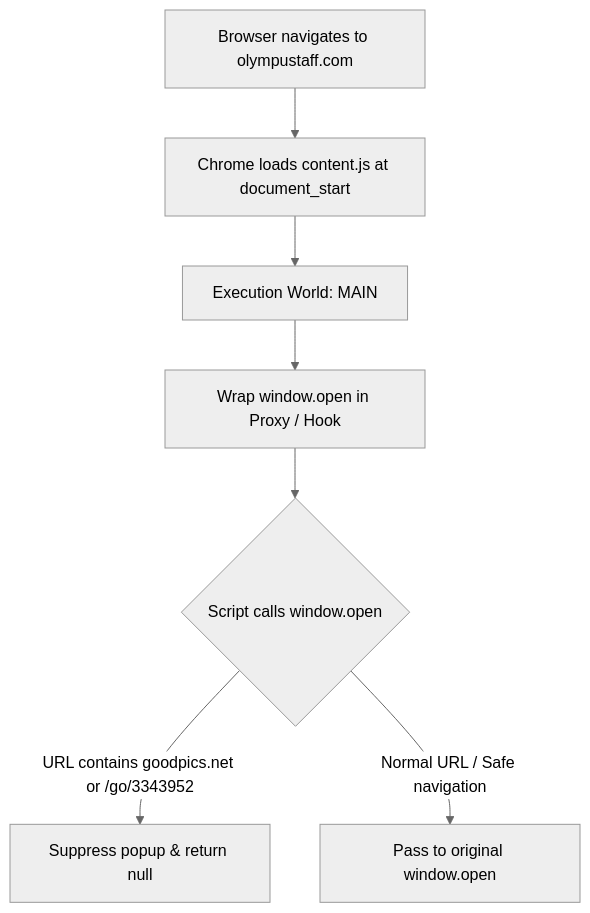
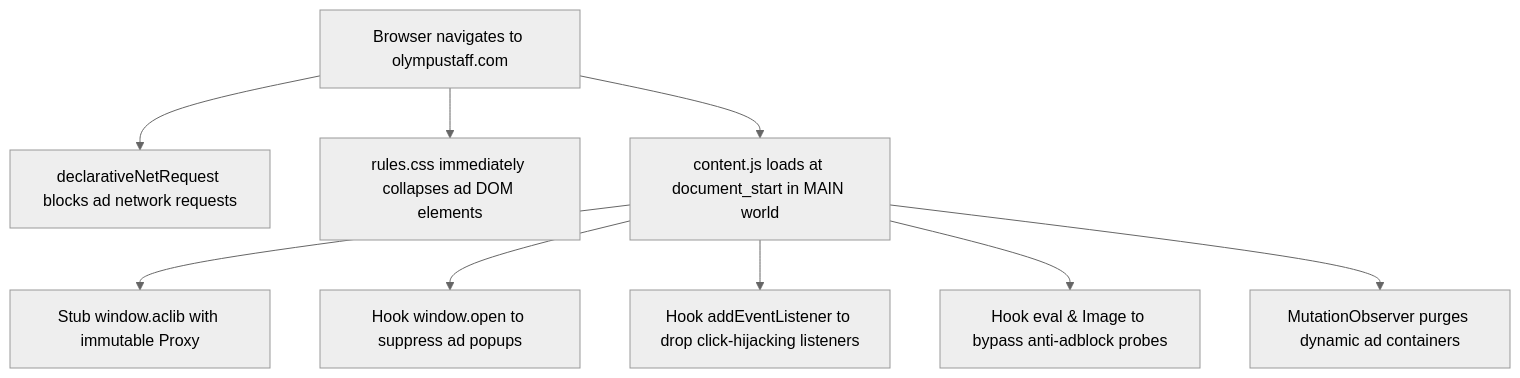
The diagram in docs/ARCHITECTURE.md (shadow-x78/teamx-adblock), drawn with Mermaid (neutral theme) before and after one commit. The commit also changed other lines of this file and 14 other files, not shown here.

Commit message:
teamx-adblock | v1.3.0 | feat: add comprehensive adblocker engine, declarative network rules, and anti-adblock bypass

````diff
--- a/docs/ARCHITECTURE.md
+++ b/docs/ARCHITECTURE.md
@@ -34,9 +34,11 @@
 ```mermaid
 flowchart TD
-    A[Browser navigates to olympustaff.com] --> B[Chrome loads content.js at document_start]
-    B --> C[Execution World: MAIN]
-    C --> D[Wrap window.open in Proxy / Hook]
-    D --> E{Script calls window.open}
-    E -->|URL contains goodpics.net or /go/3343952| F[Suppress popup & return null]
-    E -->|Normal URL / Safe navigation| G[Pass to original window.open]
+    A[Browser navigates to olympustaff.com] --> B[declarativeNetRequest blocks ad network requests]
+    A --> C[rules.css immediately collapses ad DOM elements]
+    A --> D[content.js loads at document_start in MAIN world]
+    D --> E[Stub window.aclib with immutable Proxy]
+    D --> F[Hook window.open to suppress ad popups]
+    D --> G[Hook addEventListener to drop click-hijacking listeners]
+    D --> H[Hook eval & Image to bypass anti-adblock probes]
+    D --> I[MutationObserver purges dynamic ad containers]
 ```
````
